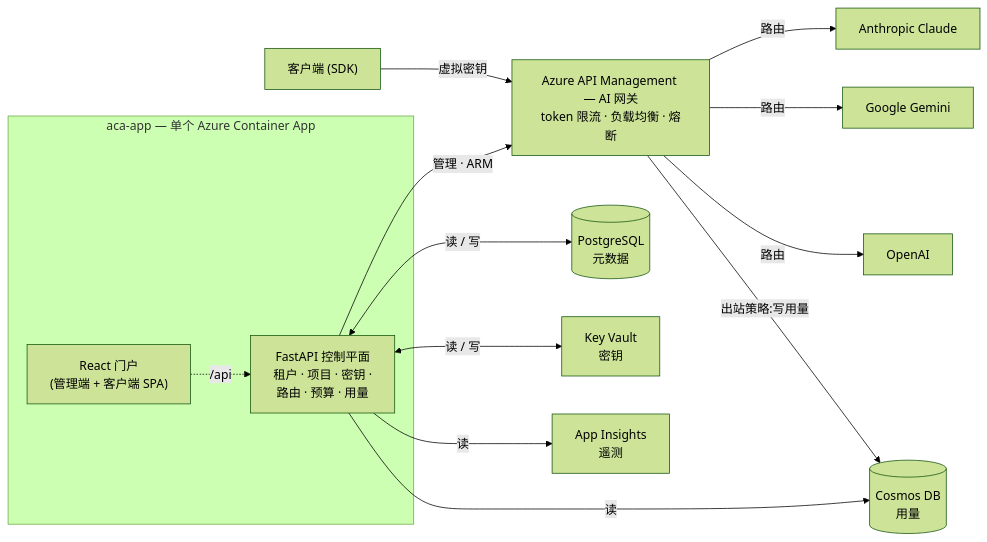
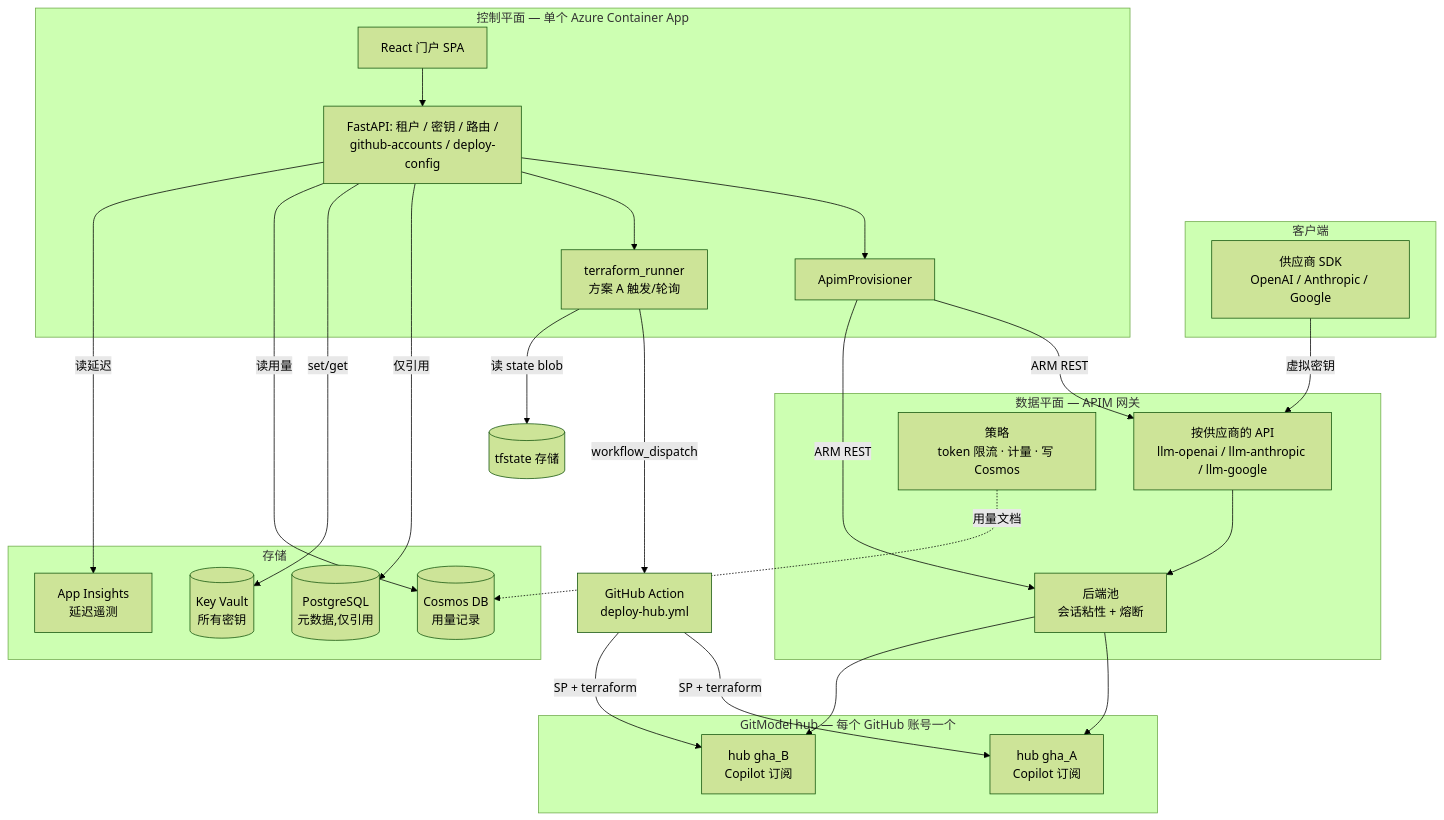
The diagram in README.zh.md (Nick287/TokenFoundry), drawn with Mermaid (forest theme) before and after one commit. The commit also changed other lines of this file and 2 other files, not shown here.

Commit message:
Update README.zh.md with architecture details and Terraform deployment instructions; replace Bicep references with Terraform; enhance clarity on GitModel hub integration and usage metrics. Update architecture diagram to reflect changes.

````diff
--- a/README.zh.md
+++ b/README.zh.md
@@ -12,33 +16,42 @@
 ```mermaid
-flowchart LR
-    Clients["客户端 (SDK)"]
-
-    subgraph ACA["aca-app — 单个 Azure Container App"]
-        Portal["React 门户<br/>(管理端 + 客户端 SPA)"]
-        API["FastAPI 控制平面<br/>租户 · 项目 · 密钥 ·<br/>路由 · 预算 · 用量"]
-        Portal -. "/api" .-> API
+flowchart TB
+    subgraph client[客户端]
+        SDK[供应商 SDK<br/>OpenAI / Anthropic / Google]
     end
 
-    APIM["Azure API Management — AI 网关<br/>token 限流 · 负载均衡 · 熔断"]
+    subgraph dataplane[数据平面 — APIM 网关]
+        API[按供应商的 API<br/>llm-openai / llm-anthropic / llm-google]
+        POOL[后端池<br/>会话粘性 + 熔断]
+        POL[策略<br/>token 限流 · 计量 · 写 Cosmos]
+    end
 
-    Claude["Anthropic Claude"]
-    Gemini["Google Gemini"]
-    OpenAI["OpenAI"]
+    subgraph hubs[GitModel hub — 每个 GitHub 账号一个]
+        H1[hub gha_A<br/>Copilot 订阅]
+        H2[hub gha_B<br/>Copilot 订阅]
+    end
 
-    PG[("PostgreSQL<br/>元数据")]
-    Cosmos[("Cosmos DB<br/>用量")]
-    KV["Key Vault<br/>密钥"]
-    Insights["App Insights<br/>遥测"]
+    subgraph ctrl[控制平面 — 单个 Azure Container App]
+        PORTAL[React 门户 SPA]
+        APISRV[FastAPI: 租户 / 密钥 / 路由 /<br/>github-accounts / deploy-config]
+        PROV[ApimProvisioner]
+        TRUN[terraform_runner<br/>方案 A 触发/轮询]
+    end
 
-    Clients -->|虚拟密钥| APIM
-    APIM -->|路由| Claude
-    APIM -->|路由| Gemini
-    APIM -->|路由| OpenAI
-    APIM -->|"出站策略:写用量"| Cosmos
+    subgraph stores[存储]
+        KV[(Key Vault<br/>所有密钥)]
+        PG[(PostgreSQL<br/>元数据,仅引用)]
+        COS[(Cosmos DB<br/>用量记录)]
+        INS[App Insights<br/>延迟遥测]
+    end
 
-    API -->|管理 · ARM| APIM
-    API <-->|读 / 写| PG
-    API <-->|读 / 写| KV
-    API -->|读| Cosmos
-    API -->|读| Insights
+    SDK -->|虚拟密钥| API --> POOL --> H1 & H2
+    POL -.用量文档.-> COS
+    PORTAL --> APISRV --> PROV -->|ARM REST| API & POOL
+    APISRV --> TRUN -->|workflow_dispatch| GHA[GitHub Action<br/>deploy-hub.yml]
+    GHA -->|SP + terraform| H1 & H2
+    APISRV -->|仅引用| PG
+    APISRV -->|set/get| KV
+    APISRV -->|读用量| COS
+    APISRV -->|读延迟| INS
+    TRUN -->|读 state blob| TFSTATE[(tfstate 存储)]
 ```
````
